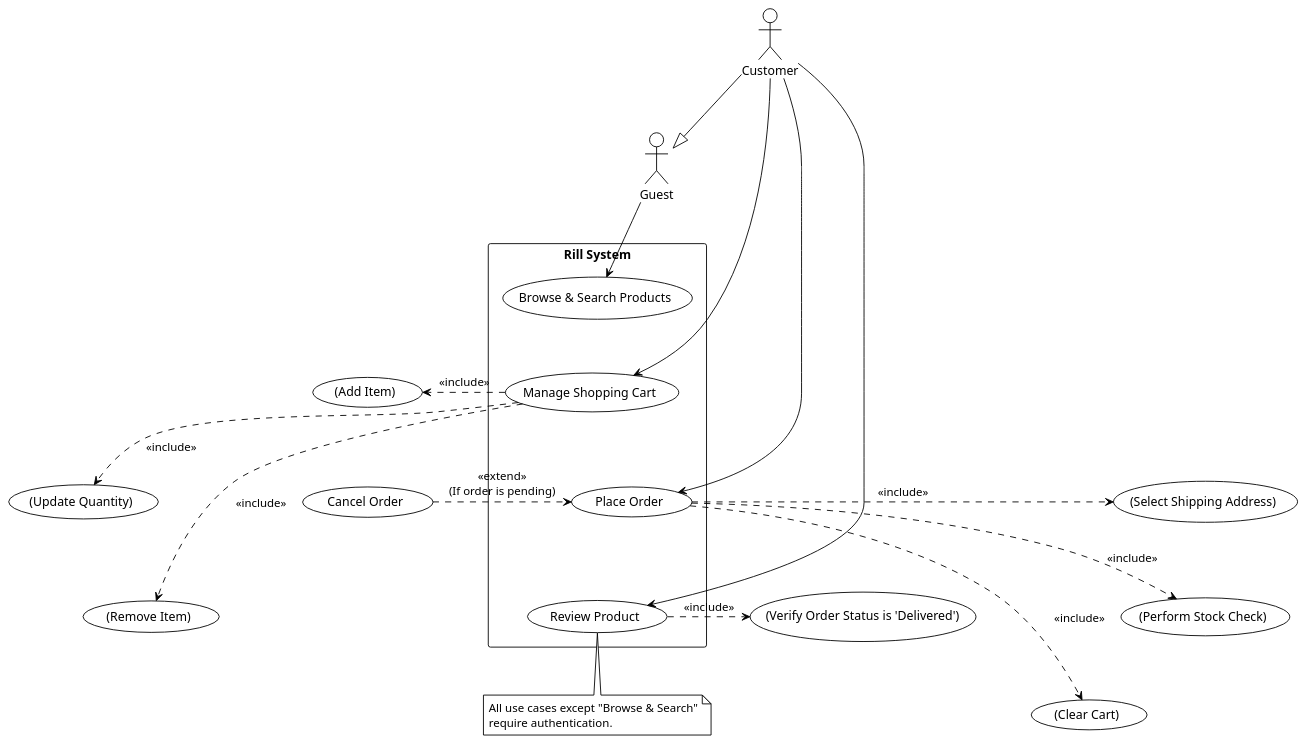
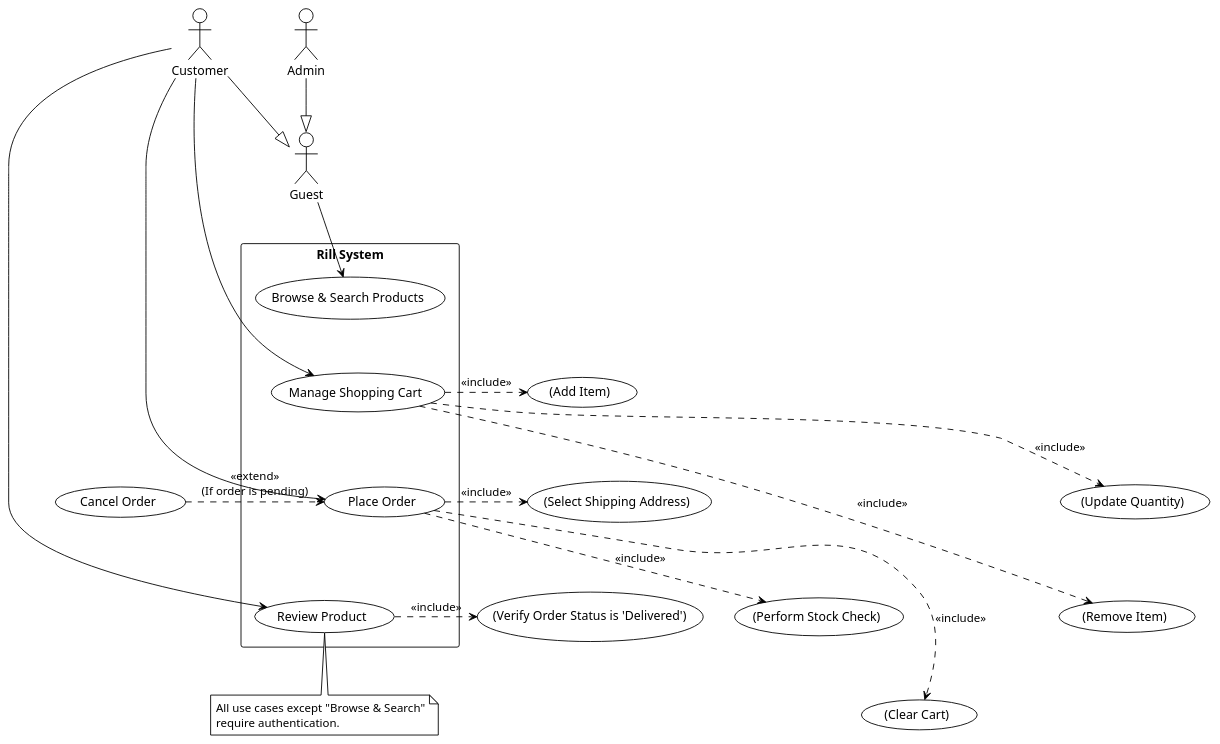
Before and after one commit to mttk2004/rill-system: the diagram in use-case/detailed/uc-2-customer-flow.puml, drawn with PlantUML. The commit also changed 10 other files, not shown here.

Commit message:
refactor: refine all diagrams

```diff
--- a/use-case/detailed/uc-2-customer-flow.puml
+++ b/use-case/detailed/uc-2-customer-flow.puml
@@ -1,71 +1,73 @@
 @startuml "UC-2: Customer Shopping Flow - Final with Guest"
 !theme plain
 
 ' --- ACTORS ---
 ' Bổ sung actor Guest và mối quan hệ kế thừa
 actor Customer
 actor Guest
+actor Admin
 Customer --|> Guest
+Admin --|> Guest
 
 ' --- 1. ĐỊNH NGHĨA TẤT CẢ CÁC PHẦN TỬ ---
 rectangle "Rill System" {
   usecase "Browse & Search Products" as UC_Browse
   usecase "Manage Shopping Cart" as UC_Cart
   usecase "Place Order" as UC_Order
   usecase "Review Product" as UC_Review
 }
 usecase "(Add Item)" as AddItem
 usecase "(Update Quantity)" as UpdateQty
 usecase "(Remove Item)" as RemoveItem
 usecase "(Select Shipping Address)" as SelectAddr
 usecase "(Perform Stock Check)" as StockCheck
 usecase "(Clear Cart)" as ClearCart
 usecase "(Verify Order Status is 'Delivered')" as VerifyStatus
 usecase "Cancel Order" as UC_Cancel
 
 ' --- 2. SẮP XẾP BỐ CỤC BẰNG LIÊN KẾT ẨN ---
 ' Vẫn giữ cách sắp xếp dọc để gợi ý về luồng chảy
 UC_Browse -[hidden]down- UC_Cart
 UC_Cart -[hidden]down- UC_Order
 UC_Order -[hidden]down- UC_Review
 
 ' Sắp xếp các use case phụ
 UC_Cancel -[hidden]right- UC_Order
 UC_Order -[hidden]right- SelectAddr
 SelectAddr -[hidden]down- StockCheck
 StockCheck -[hidden]down- ClearCart
 UC_Cart -[hidden]right- AddItem
 AddItem -[hidden]down- UpdateQty
 UpdateQty -[hidden]down- RemoveItem
 UC_Review -[hidden]right- VerifyStatus
 
 ' --- 3. VẼ CÁC MỐI QUAN HỆ HỢP LỆ ---
 
 ' **THAY ĐỔI CHÍNH Ở ĐÂY**
 ' Guest chỉ có thể Browse & Search
 Guest --> UC_Browse
 
 ' Customer có thể làm mọi thứ (kế thừa quyền của Guest)
 Customer --> UC_Cart
 Customer --> UC_Order
 Customer --> UC_Review
 
 ' Quan hệ <<include>>
 UC_Cart .right.> AddItem       : <<include>>
 UC_Cart .right.> UpdateQty     : <<include>>
 UC_Cart .right.> RemoveItem    : <<include>>
 UC_Order .right.> SelectAddr   : <<include>>
 UC_Order .right.> StockCheck   : <<include>>
 UC_Order .right.> ClearCart    : <<include>>
 UC_Review .right.> VerifyStatus : <<include>>
 
 ' Quan hệ <<extend>>
 UC_Cancel .right.> UC_Order : <<extend>>\n(If order is pending)
 
 ' --- 4. GHI CHÚ ---
 note bottom of UC_Review
   All use cases except "Browse & Search"
   require authentication.
 end note
 
 @enduml
```
